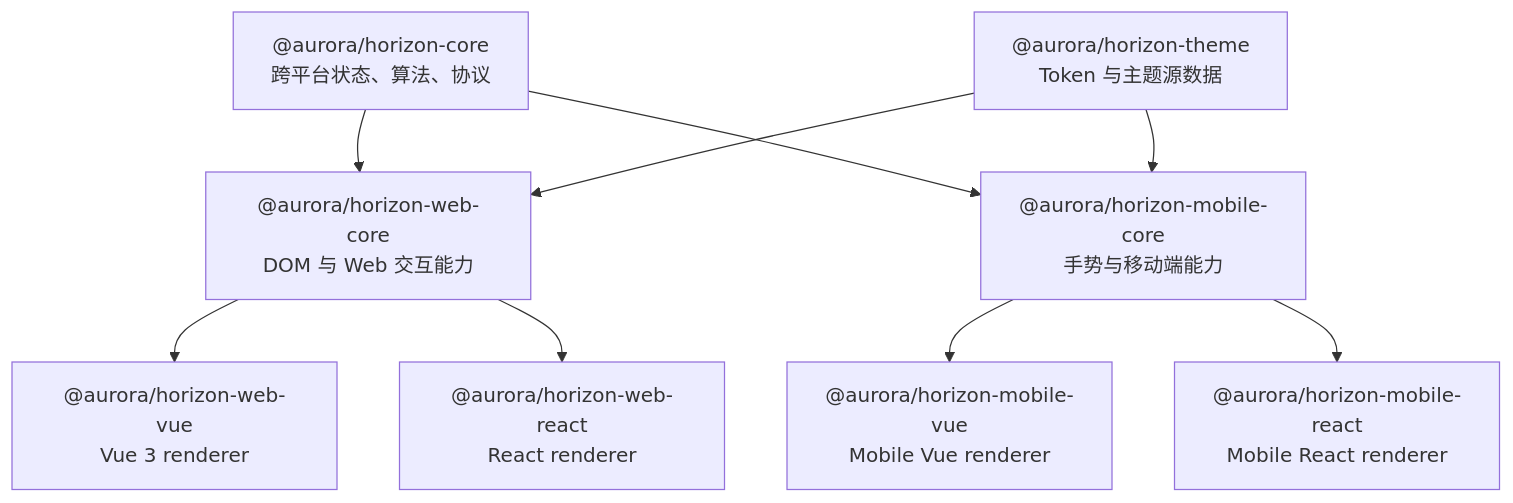
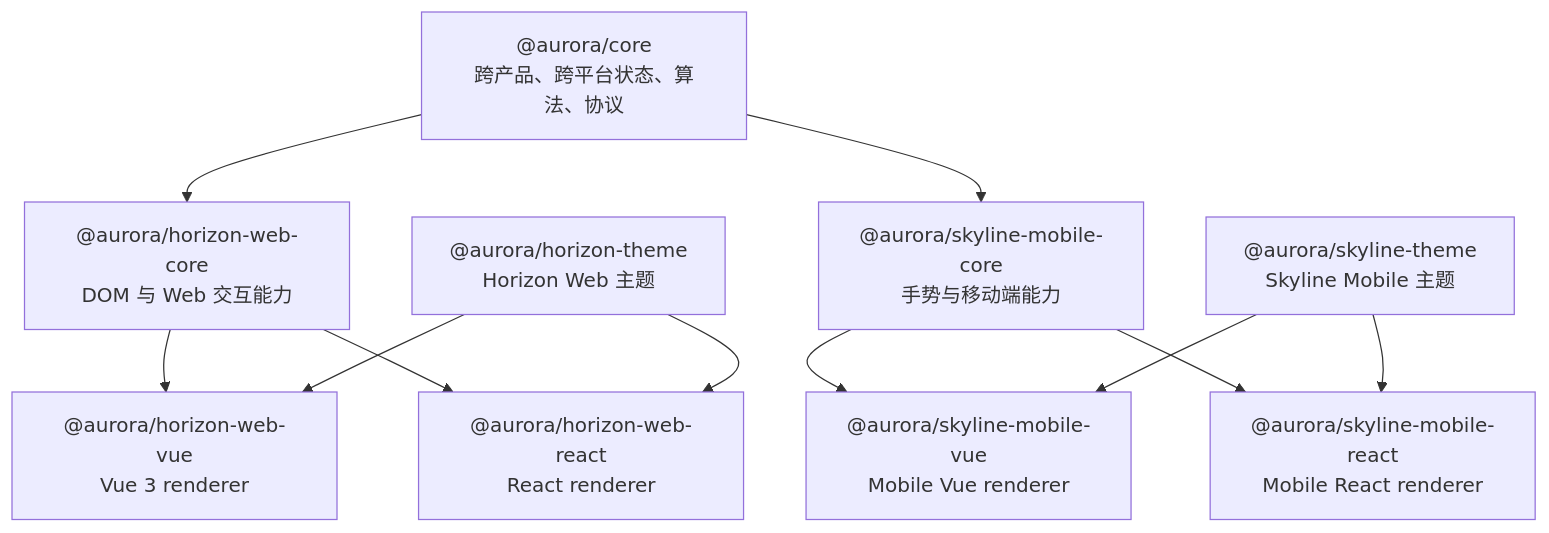
One commit to van-fe/horizon-web changed the diagram in packages/docs/zh/guide/multi-platform-refactor.md. Above: the diagram before and after it, drawn with Mermaid. The commit also changed other lines of this file and 2 other files, not shown here.

Commit message:
docs: align Aurora product package names

````diff
--- a/packages/docs/zh/guide/multi-platform-refactor.md
+++ b/packages/docs/zh/guide/multi-platform-refactor.md
@@ -81,23 +85,26 @@
 ```mermaid
 flowchart TB
-    HC["@aurora/horizon-core<br/>跨平台状态、算法、协议"]
-    HT["@aurora/horizon-theme<br/>Token 与主题源数据"]
+    AC["@aurora/core<br/>跨产品、跨平台状态、算法、协议"]
 
+    HT["@aurora/horizon-theme<br/>Horizon Web 主题"]
     HWC["@aurora/horizon-web-core<br/>DOM 与 Web 交互能力"]
     HWV["@aurora/horizon-web-vue<br/>Vue 3 renderer"]
     HWR["@aurora/horizon-web-react<br/>React renderer"]
 
-    HMC["@aurora/horizon-mobile-core<br/>手势与移动端能力"]
-    HMV["@aurora/horizon-mobile-vue<br/>Mobile Vue renderer"]
-    HMR["@aurora/horizon-mobile-react<br/>Mobile React renderer"]
+    ST["@aurora/skyline-theme<br/>Skyline Mobile 主题"]
+    SMC["@aurora/skyline-mobile-core<br/>手势与移动端能力"]
+    SMV["@aurora/skyline-mobile-vue<br/>Mobile Vue renderer"]
+    SMR["@aurora/skyline-mobile-react<br/>Mobile React renderer"]
 
-    HC --> HWC
-    HT --> HWC
+    AC --> HWC
     HWC --> HWV
     HWC --> HWR
+    HT --> HWV
+    HT --> HWR
 
-    HC --> HMC
-    HT --> HMC
-    HMC --> HMV
-    HMC --> HMR
+    AC --> SMC
+    SMC --> SMV
+    SMC --> SMR
+    ST --> SMV
+    ST --> SMR
 ```
````
